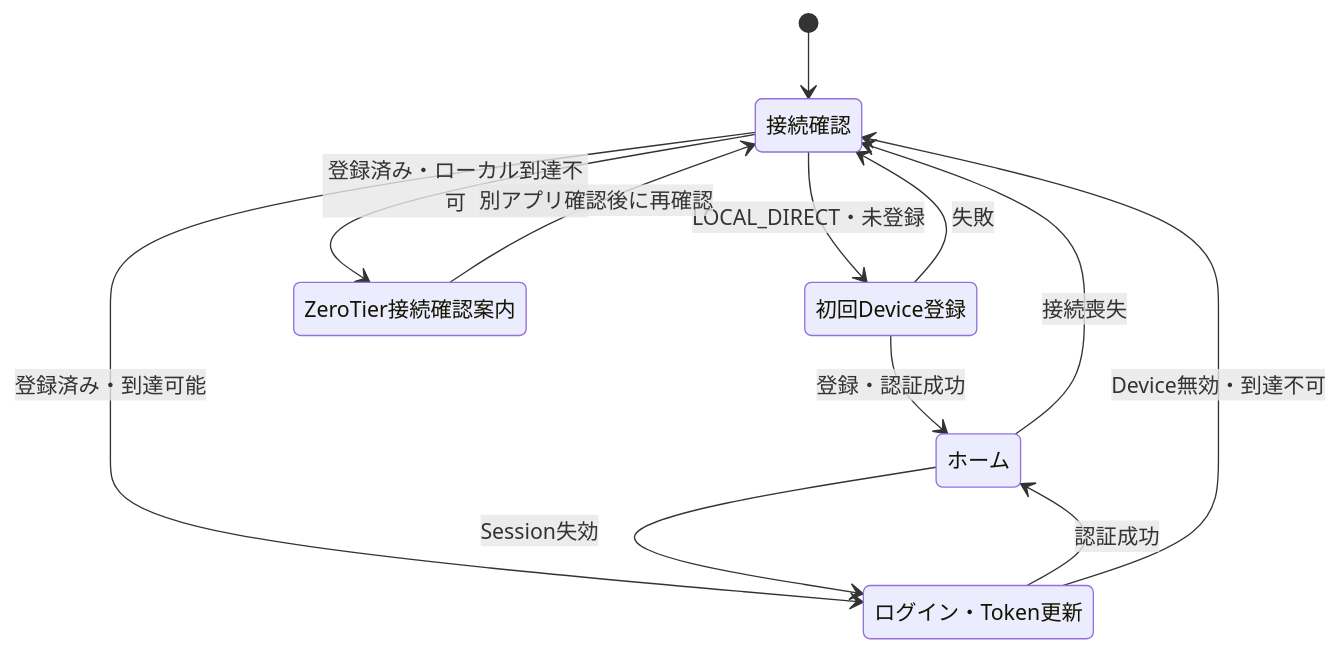
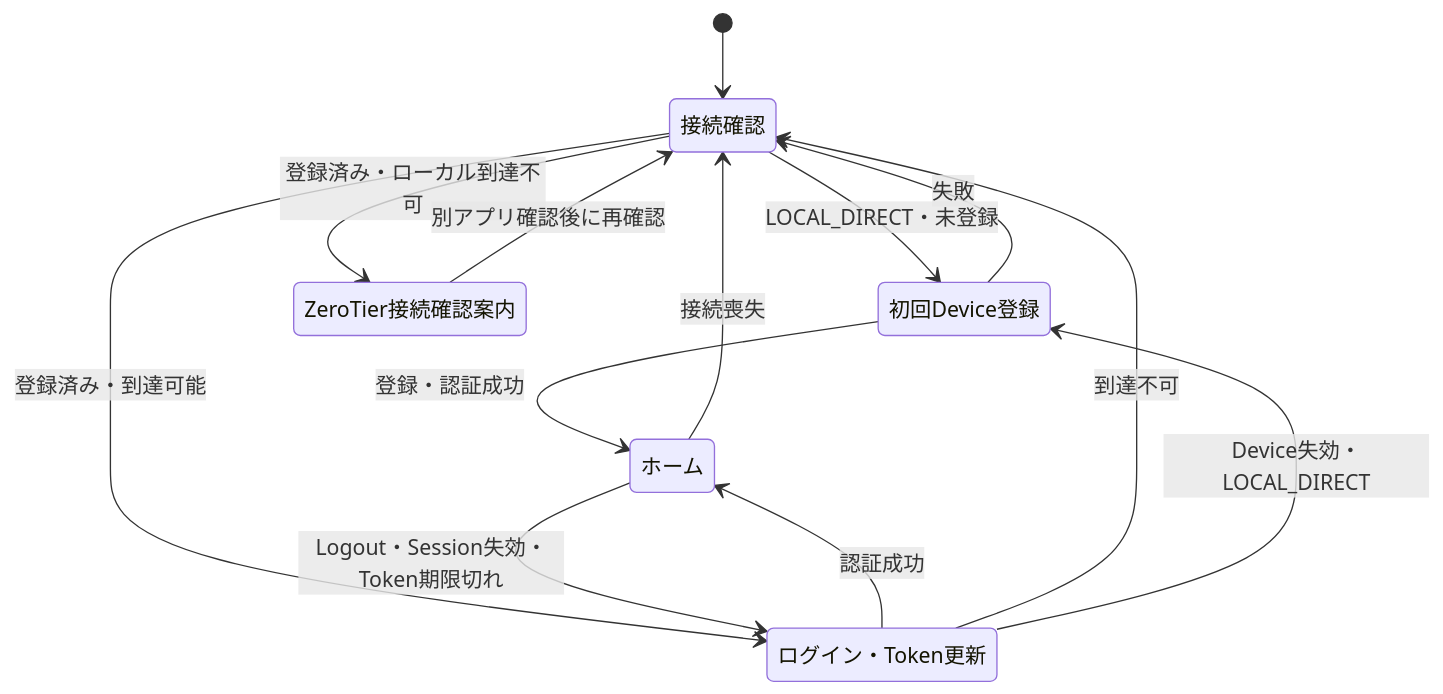
Before and after one commit to ry825/Kura_Storage: diagram 22 of 25 in docs/functional-design.md, drawn with Mermaid. The commit also changed other lines of this file and 19 other files, not shown here.

Commit message:
Fix Android logout device registration retention

````diff
--- a/docs/functional-design.md
+++ b/docs/functional-design.md
@@ -2472,22 +2513,23 @@
 ```mermaid
 stateDiagram-v2
     state "接続確認" as ConnectionCheck
     state "初回Device登録" as FirstRegistration
     state "ZeroTier接続確認案内" as RemoteGuidance
     state "ログイン・Token更新" as Login
     state "ホーム" as Home
 
     [*] --> ConnectionCheck
     ConnectionCheck --> FirstRegistration: LOCAL_DIRECT・未登録
     FirstRegistration --> Home: 登録・認証成功
     FirstRegistration --> ConnectionCheck: 失敗
 
     ConnectionCheck --> Login: 登録済み・到達可能
     ConnectionCheck --> RemoteGuidance: 登録済み・ローカル到達不可
     RemoteGuidance --> ConnectionCheck: 別アプリ確認後に再確認
 
     Login --> Home: 認証成功
-    Login --> ConnectionCheck: Device無効・到達不可
-    Home --> Login: Session失効
+    Login --> ConnectionCheck: 到達不可
+    Home --> Login: Logout・Session失効・Token期限切れ
+    Login --> FirstRegistration: Device失効・LOCAL_DIRECT
     Home --> ConnectionCheck: 接続喪失
 ```
````
